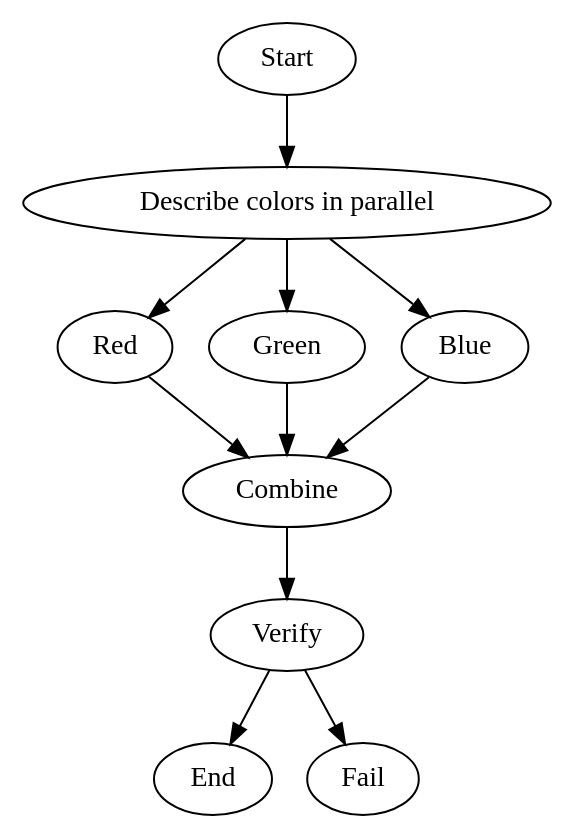
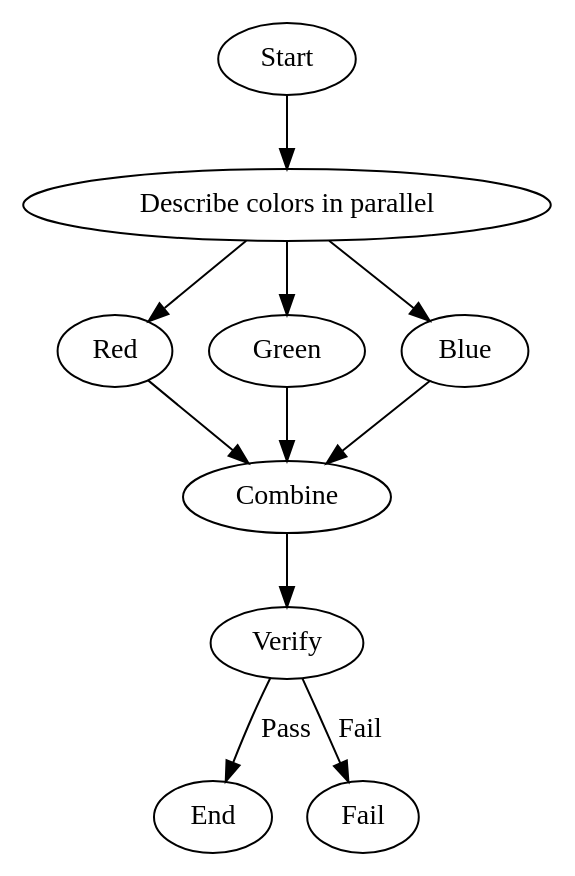
One commit to stencila/stencila changed the diagram in .stencila/workflows/test-fan-out-fan-in/WORKFLOW.md. Above: the diagram before and after it, drawn with Graphviz. The commit also changed 21 other files, not shown here.

````diff
--- a/.stencila/workflows/test-fan-out-fan-in/WORKFLOW.md
+++ b/.stencila/workflows/test-fan-out-fan-in/WORKFLOW.md
@@ -9,26 +9,26 @@
 ```dot
 digraph Workflow {
   Start -> FanOut
 
   FanOut  [label="Describe colors in parallel"]
   FanOut -> Red
   FanOut -> Green
   FanOut -> Blue
 
   Red     [prompt="Reply with ONLY one word: the name of the color with hex code #FF0000"]
   Red -> Combine
 
   Green   [prompt="Reply with ONLY one word: the name of the color with hex code #00FF00"]
   Green -> Combine
 
   Blue    [prompt="Reply with ONLY one word: the name of the color with hex code #0000FF"]
   Blue -> Combine
 
   Combine [prompt="List the three colors from the previous stages as a comma-separated list, e.g. pink, brown, orange. Reply with ONLY the list, nothing else."]
   Combine -> Verify
 
-  Verify  [prompt="Does '$last_output' achieve the goal '$goal'? Reply with ONLY yes or no in lowercase, nothing else."]
-  Verify -> End  [condition="context.last_output=yes"]
-  Verify -> Fail
+  Verify  [prompt="Does '$last_output' achieve the goal '$goal'? Verify the result and choose Pass or Fail."]
+  Verify -> End  [label="Pass"]
+  Verify -> Fail [label="Fail"]
 }
 ```
````
